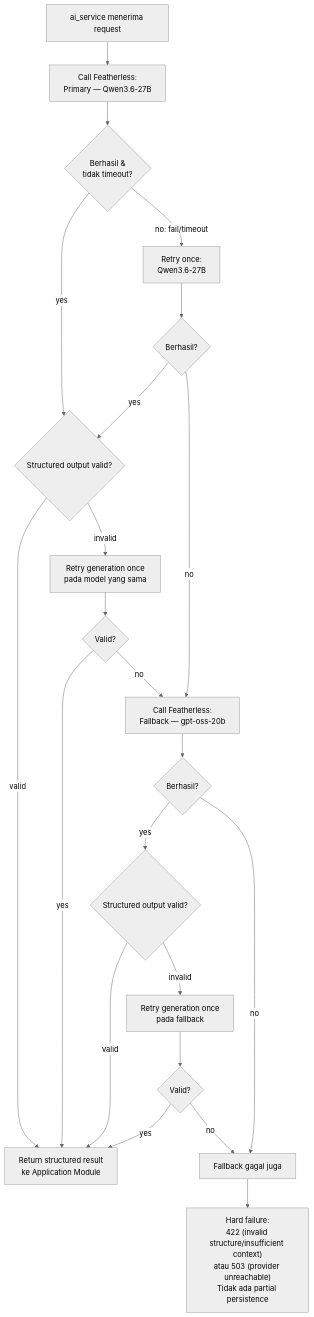
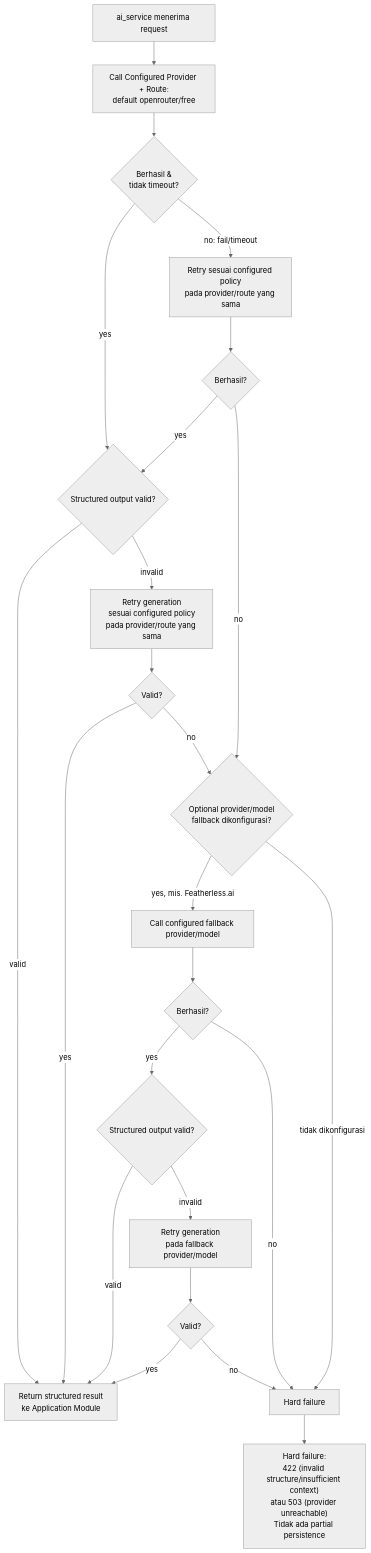
The third of 3 diagrams in docs/06-ai-architecture.md (Divasatria100/studyback-personal-ai-teacher), drawn with Mermaid (neutral theme) before and after one commit. The commit also changed other lines of this file and 1 other file, not shown here.

````diff
--- a/docs/06-ai-architecture.md
+++ b/docs/06-ai-architecture.md
@@ -119,24 +135,26 @@
 ```mermaid
 flowchart TD
-    START[ai_service menerima request] --> P1[Call Featherless:<br/>Primary — Qwen3.6-27B]
+    START[ai_service menerima request] --> P1[Call Configured Provider + Route:<br/>default openrouter/free]
     P1 --> P1OK{Berhasil &<br/>tidak timeout?}
     P1OK -->|yes| VAL1{Structured output valid?}
-    P1OK -->|no: fail/timeout| P1RETRY[Retry once:<br/>Qwen3.6-27B]
+    P1OK -->|no: fail/timeout| P1RETRY[Retry sesuai configured policy<br/>pada provider/route yang sama]
     P1RETRY --> P1RETRYOK{Berhasil?}
     P1RETRYOK -->|yes| VAL1
-    P1RETRYOK -->|no| FB[Call Featherless:<br/>Fallback — gpt-oss-20b]
-    FB --> FBOK{Berhasil?}
+    P1RETRYOK -->|no| FB{Optional provider/model<br/>fallback dikonfigurasi?}
+    FB -->|yes, mis. Featherless.ai| FBCALL[Call configured fallback provider/model]
+    FB -->|tidak dikonfigurasi| FAIL[Hard failure]
+    FBCALL --> FBOK{Berhasil?}
     FBOK -->|yes| VAL2{Structured output valid?}
-    FBOK -->|no| FAIL[Fallback gagal juga]
+    FBOK -->|no| FAIL
     VAL1 -->|valid| RETURN[Return structured result<br/>ke Application Module]
-    VAL1 -->|invalid| REGEN1[Retry generation once<br/>pada model yang sama]
+    VAL1 -->|invalid| REGEN1[Retry generation<br/>sesuai configured policy<br/>pada provider/route yang sama]
     REGEN1 --> VAL1B{Valid?}
     VAL1B -->|yes| RETURN
     VAL1B -->|no| FB
     VAL2 -->|valid| RETURN
-    VAL2 -->|invalid| REGEN2[Retry generation once<br/>pada fallback]
+    VAL2 -->|invalid| REGEN2[Retry generation<br/>pada fallback provider/model]
     REGEN2 --> VAL2B{Valid?}
     VAL2B -->|yes| RETURN
     VAL2B -->|no| FAIL
     FAIL --> HARDFAIL["Hard failure:<br/>422 (invalid structure/insufficient context)<br/>atau 503 (provider unreachable)<br/>Tidak ada partial persistence"]
 ```
````
